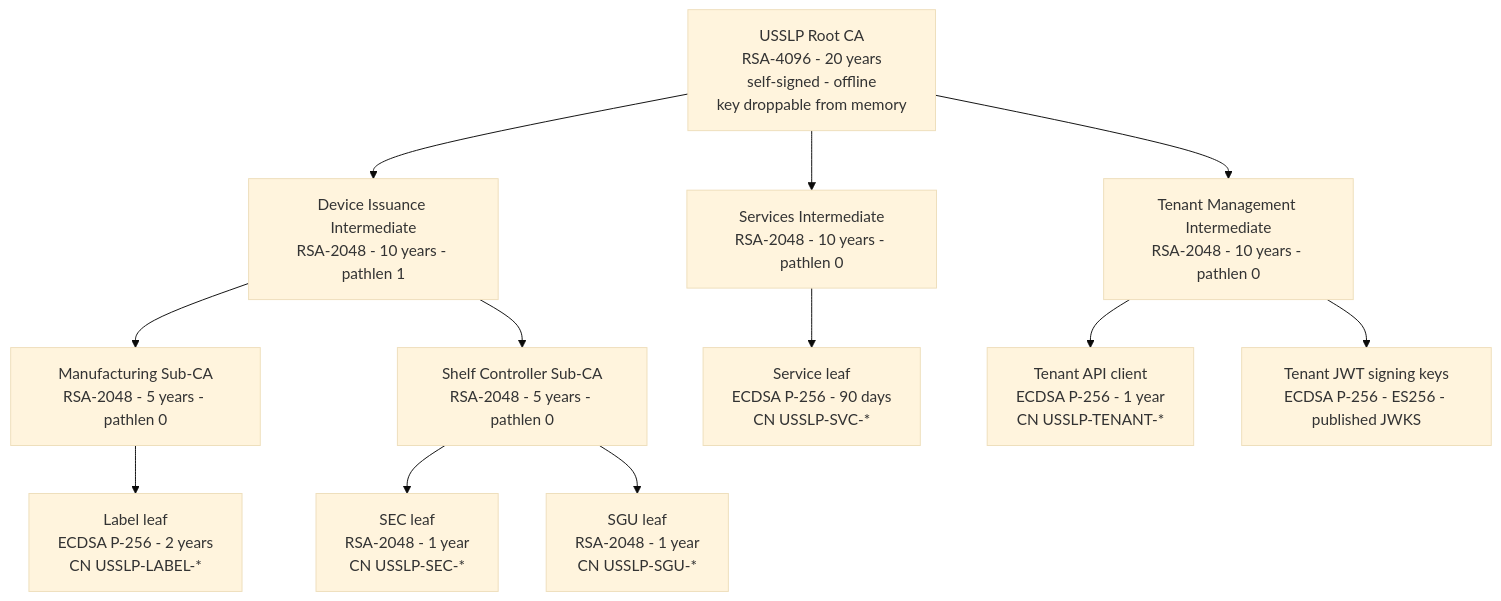
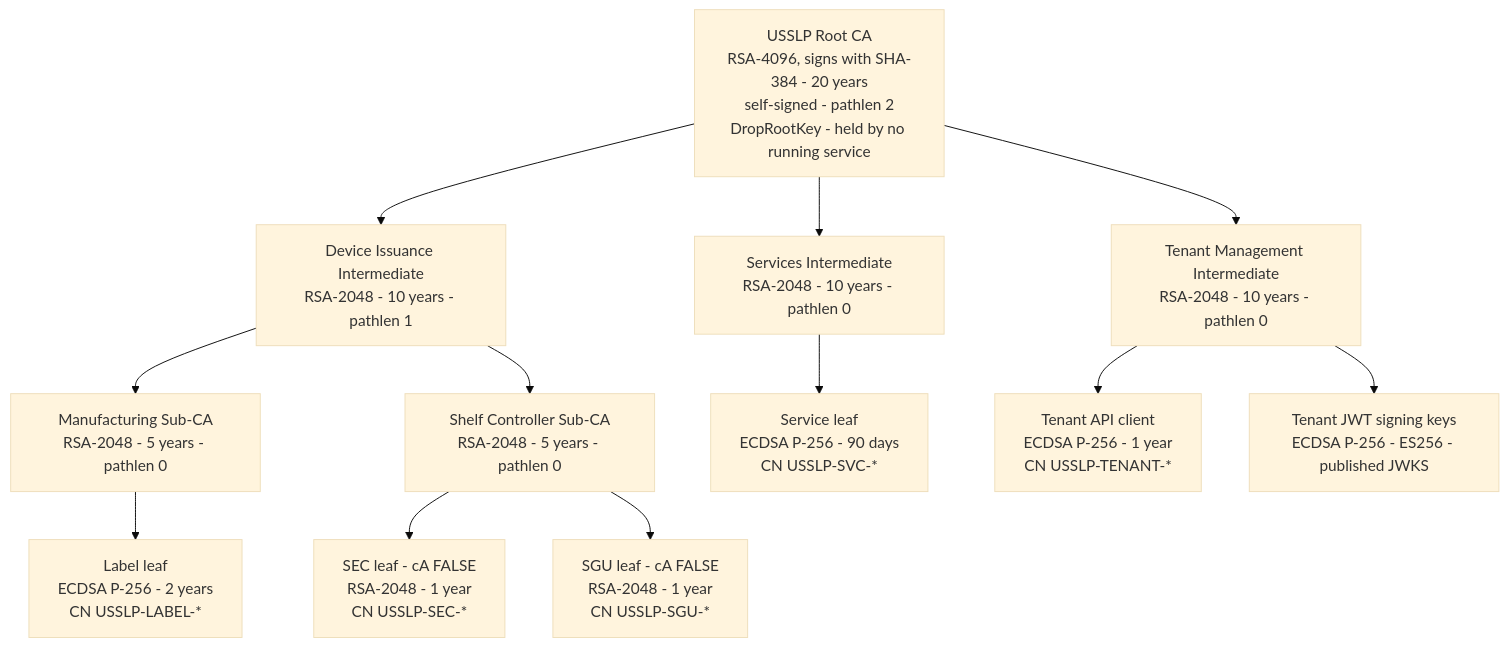
Before and after one commit to udaykishore-resu/usslp-platform: the first of 5 diagrams in docs/architecture/security.md, drawn with Mermaid (base theme). The commit also changed other lines of this file and 16 other files, not shown here.

First line of the commit message:
docs: add a diagram index, and audit every diagram against the code

````diff
--- a/docs/architecture/security.md
+++ b/docs/architecture/security.md
@@ -51,30 +51,30 @@
 ```mermaid
 flowchart TB
-  ROOT["USSLP Root CA<br/>RSA-4096 - 20 years<br/>self-signed - offline<br/>key droppable from memory"]
+  ROOT["USSLP Root CA<br/>RSA-4096, signs with SHA-384 - 20 years<br/>self-signed - pathlen 2<br/>DropRootKey - held by no running service"]
 
   DEV["Device Issuance Intermediate<br/>RSA-2048 - 10 years - pathlen 1"]
   SVC["Services Intermediate<br/>RSA-2048 - 10 years - pathlen 0"]
   TEN["Tenant Management Intermediate<br/>RSA-2048 - 10 years - pathlen 0"]
 
   MFG["Manufacturing Sub-CA<br/>RSA-2048 - 5 years - pathlen 0"]
   SHC["Shelf Controller Sub-CA<br/>RSA-2048 - 5 years - pathlen 0"]
 
   LBL["Label leaf<br/>ECDSA P-256 - 2 years<br/>CN USSLP-LABEL-*"]
-  SEC["SEC leaf<br/>RSA-2048 - 1 year<br/>CN USSLP-SEC-*"]
-  SGU["SGU leaf<br/>RSA-2048 - 1 year<br/>CN USSLP-SGU-*"]
+  SECL["SEC leaf - cA FALSE<br/>RSA-2048 - 1 year<br/>CN USSLP-SEC-*"]
+  SGUL["SGU leaf - cA FALSE<br/>RSA-2048 - 1 year<br/>CN USSLP-SGU-*"]
   SVCL["Service leaf<br/>ECDSA P-256 - 90 days<br/>CN USSLP-SVC-*"]
   TENL["Tenant API client<br/>ECDSA P-256 - 1 year<br/>CN USSLP-TENANT-*"]
   JWTK["Tenant JWT signing keys<br/>ECDSA P-256 - ES256 - published JWKS"]
 
   ROOT --> DEV
   ROOT --> SVC
   ROOT --> TEN
   DEV --> MFG
   DEV --> SHC
   MFG --> LBL
-  SHC --> SEC
-  SHC --> SGU
+  SHC --> SECL
+  SHC --> SGUL
   SVC --> SVCL
   TEN --> TENL
   TEN --> JWTK
 ```
````
